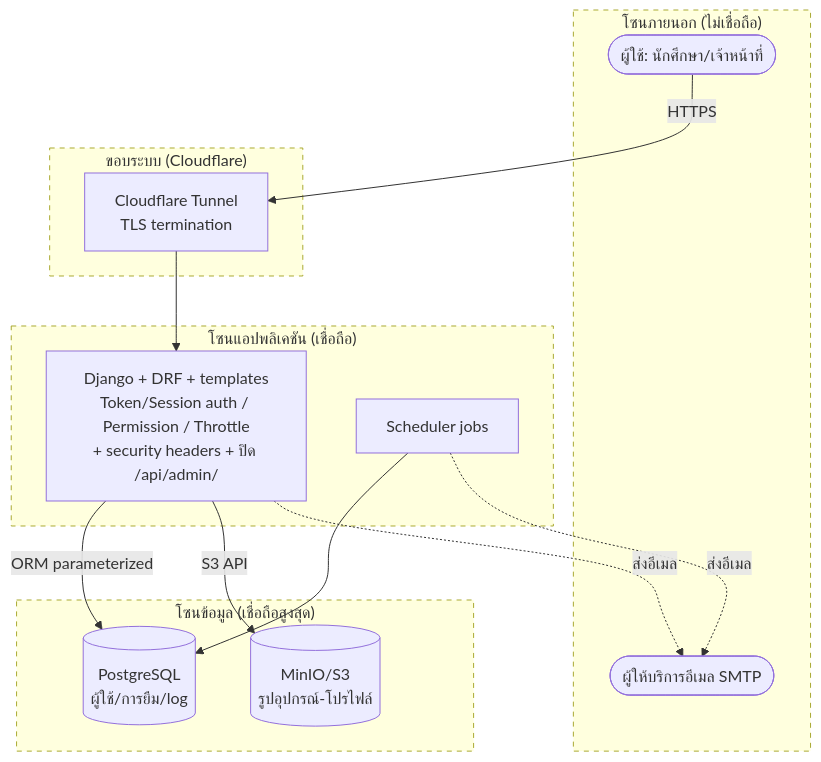
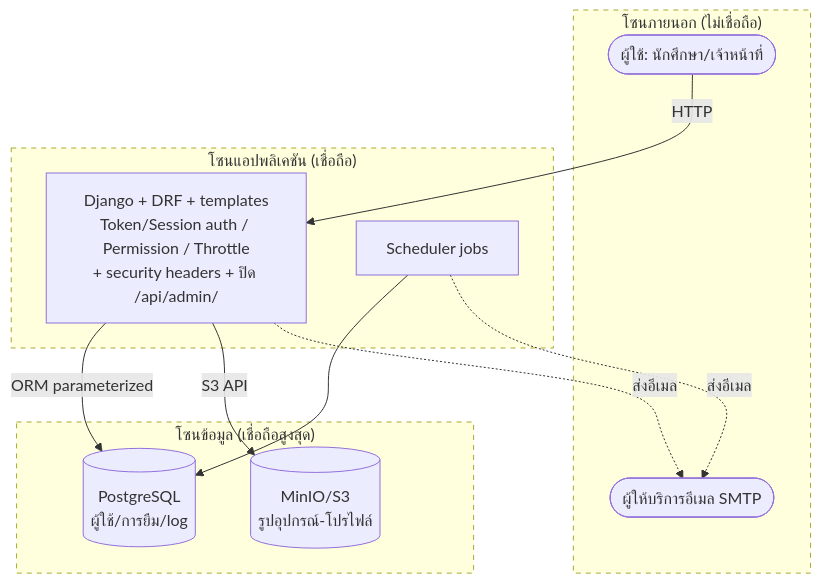
Before and after one commit to Parkjindream/it-device-borrowing-system: the first of 2 diagrams in docs/presentation/06-threat-analysis.md, drawn with Mermaid. The commit also changed other lines of this file and 7 other files, not shown here.

````diff
--- a/docs/presentation/06-threat-analysis.md
+++ b/docs/presentation/06-threat-analysis.md
@@ -7,31 +7,27 @@
 ```mermaid
 flowchart TB
     subgraph EXT[" โซนภายนอก (ไม่เชื่อถือ) "]
         U([ผู้ใช้: นักศึกษา/เจ้าหน้าที่])
         SMTP([ผู้ให้บริการอีเมล SMTP])
-    end
-
-    subgraph EDGE[" ขอบระบบ (Cloudflare) "]
-        CF[Cloudflare Tunnel\nTLS termination]
     end
 
     subgraph APP[" โซนแอปพลิเคชัน (เชื่อถือ) "]
         B[Django + DRF + templates\nToken/Session auth / Permission / Throttle\n+ security headers + ปิด /api/admin/]
         SCH[Scheduler jobs]
     end
 
     subgraph DATA[" โซนข้อมูล (เชื่อถือสูงสุด) "]
         DB[(PostgreSQL\nผู้ใช้/การยืม/log)]
         M[(MinIO/S3\nรูปอุปกรณ์-โปรไฟล์)]
     end
 
-    U -->|HTTPS| CF --> B
+    U -->|HTTP| B
     B -->|ORM parameterized| DB
     B -->|S3 API| M
     SCH --> DB
     B -. ส่งอีเมล .-> SMTP
     SCH -. ส่งอีเมล .-> SMTP
 
     classDef boundary stroke-dasharray:5 5
-    class EXT,EDGE,APP,DATA boundary
+    class EXT,APP,DATA boundary
 ```
````
